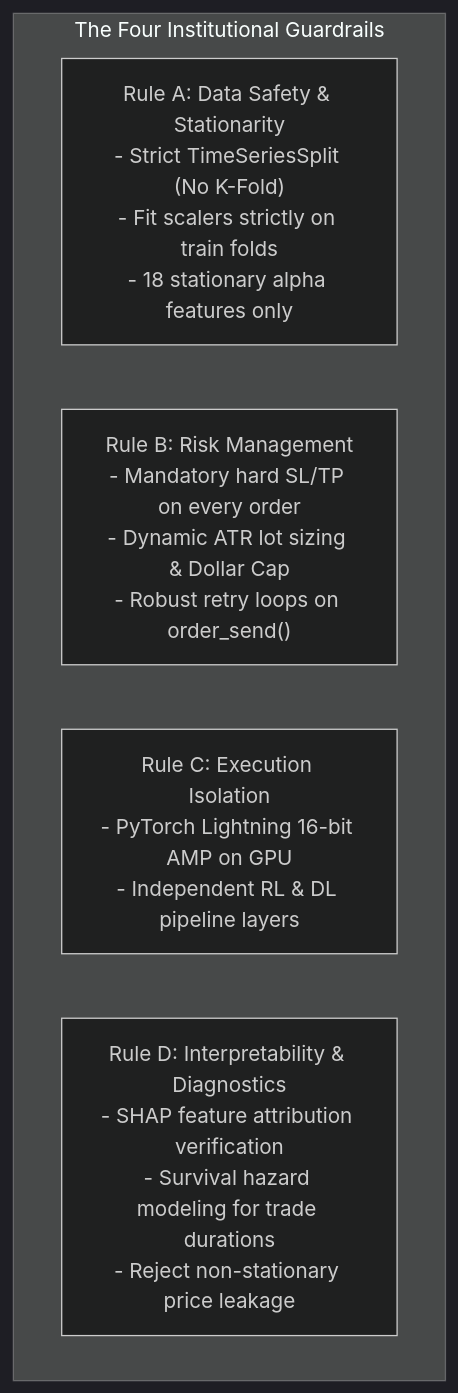
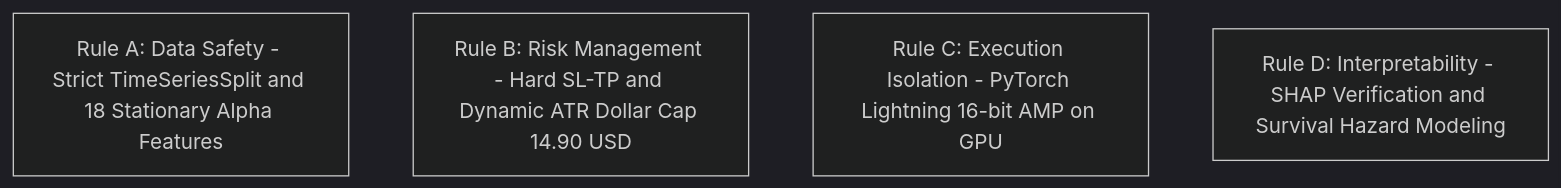
Before and after one commit to ElMoorish/AetherQuant-MT5: the first of 3 diagrams in docs/WHITE_PAPER.md, drawn with Mermaid (dark theme). The commit also changed other lines of this file and 1 other file, not shown here.

Commit message:
docs: Convert all diagrams to universal Mermaid graph TD/LR standard

````diff
--- a/docs/WHITE_PAPER.md
+++ b/docs/WHITE_PAPER.md
@@ -48,9 +48,7 @@
 ```mermaid
-flowchart TD
-    subgraph Rules ["The Four Institutional Guardrails"]
-        RuleA["Rule A: Data Safety & Stationarity<br/>- Strict TimeSeriesSplit (No K-Fold)<br/>- Fit scalers strictly on train folds<br/>- 18 stationary alpha features only"]
-        RuleB["Rule B: Risk Management<br/>- Mandatory hard SL/TP on every order<br/>- Dynamic ATR lot sizing & Dollar Cap<br/>- Robust retry loops on order_send()"]
-        RuleC["Rule C: Execution Isolation<br/>- PyTorch Lightning 16-bit AMP on GPU<br/>- Independent RL & DL pipeline layers"]
-        RuleD["Rule D: Interpretability & Diagnostics<br/>- SHAP feature attribution verification<br/>- Survival hazard modeling for trade durations<br/>- Reject non-stationary price leakage"]
-    end
+graph TD
+    RuleA[Rule A: Data Safety - Strict TimeSeriesSplit and 18 Stationary Alpha Features]
+    RuleB[Rule B: Risk Management - Hard SL-TP and Dynamic ATR Dollar Cap 14.90 USD]
+    RuleC[Rule C: Execution Isolation - PyTorch Lightning 16-bit AMP on GPU]
+    RuleD[Rule D: Interpretability - SHAP Verification and Survival Hazard Modeling]
 ```
````
